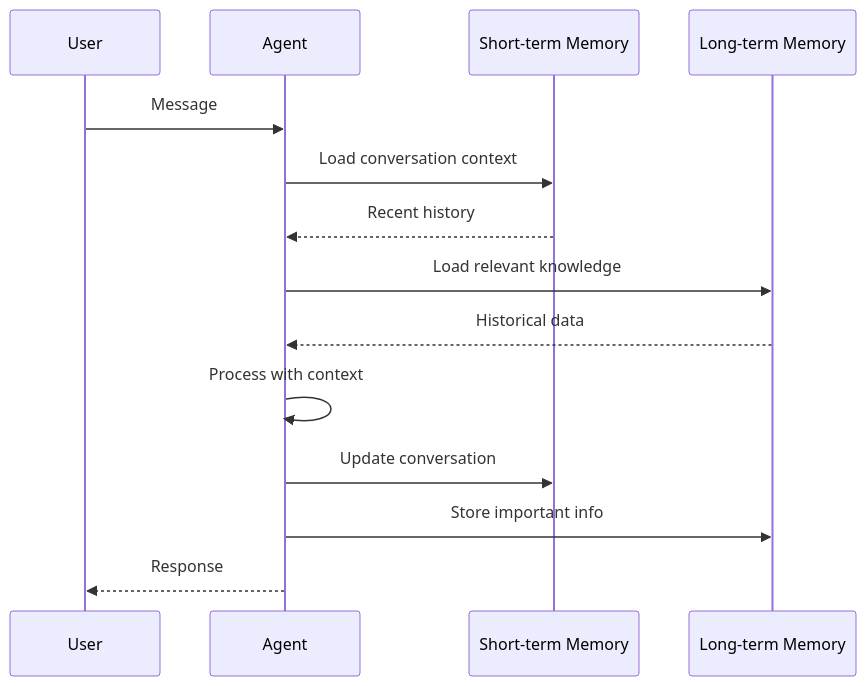
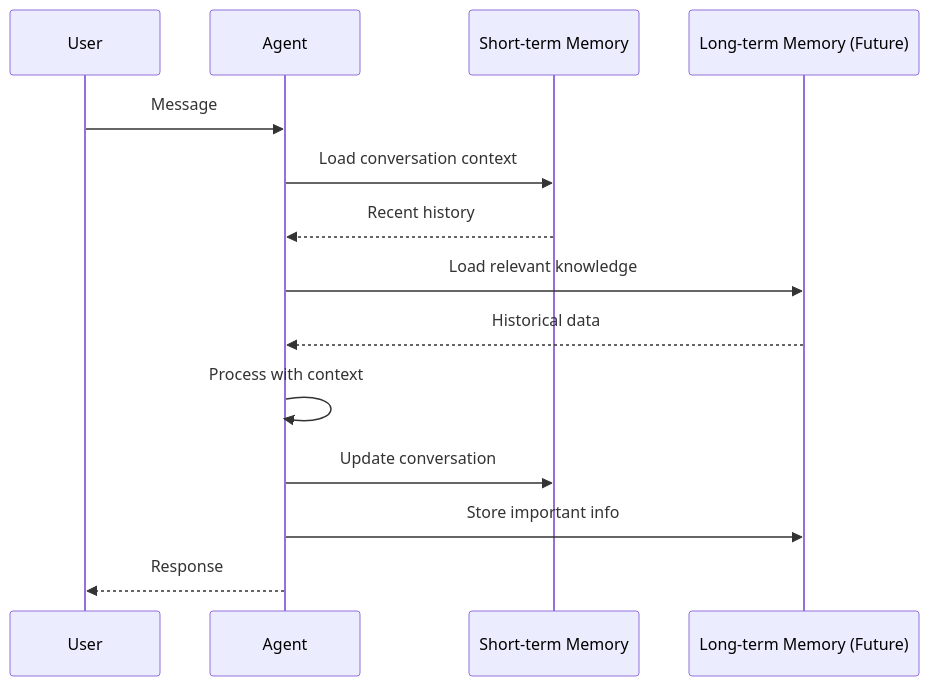
The diagram in docs/docs/advanced/memory-management.md (yaalalabs/agent-kernel), drawn with Mermaid before and after one commit. The commit also changed other lines of this file and 4 other files, not shown here.

````diff
--- a/docs/docs/advanced/memory-management.md
+++ b/docs/docs/advanced/memory-management.md
@@ -53,17 +53,17 @@
 ```mermaid
 sequenceDiagram
     participant U as User
     participant A as Agent
     participant STM as Short-term Memory
-    participant LTM as Long-term Memory
+    participant LTM as Long-term Memory (Future)
     
     U->>A: Message
     A->>STM: Load conversation context
     STM-->>A: Recent history
     A->>LTM: Load relevant knowledge
     LTM-->>A: Historical data
     A->>A: Process with context
     A->>STM: Update conversation
     A->>LTM: Store important info
     A-->>U: Response
 ```
````
